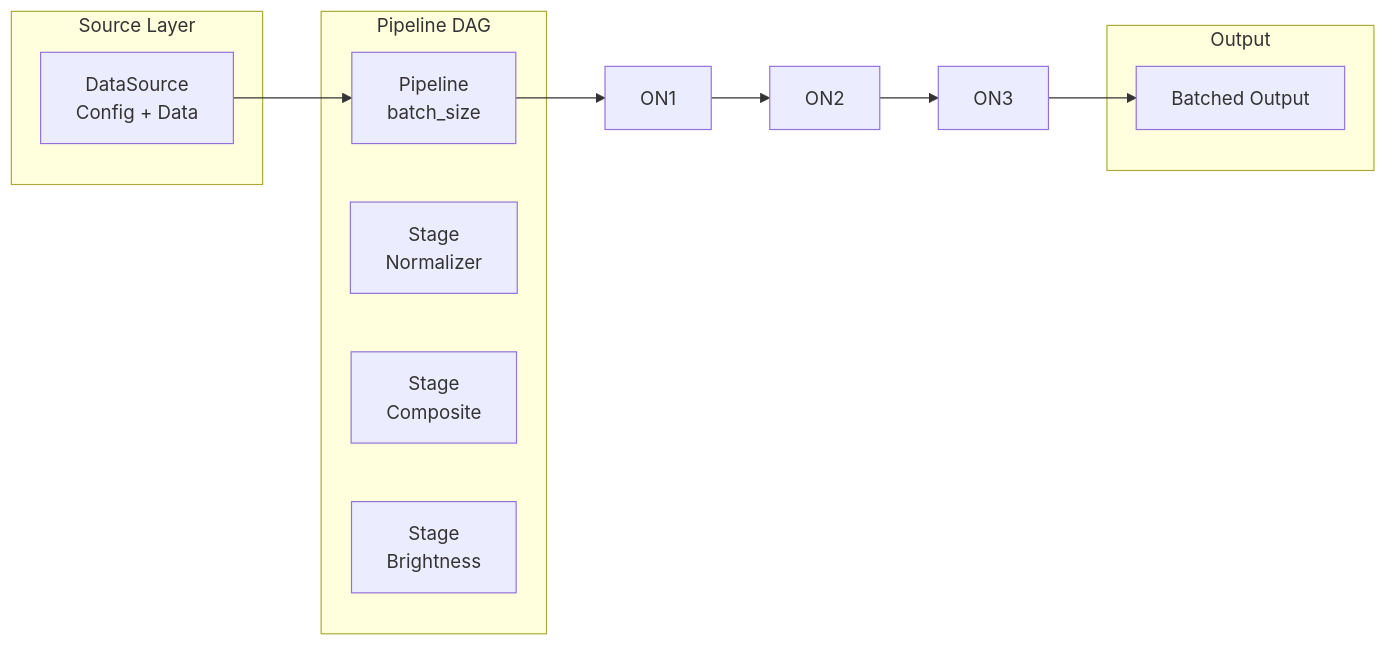
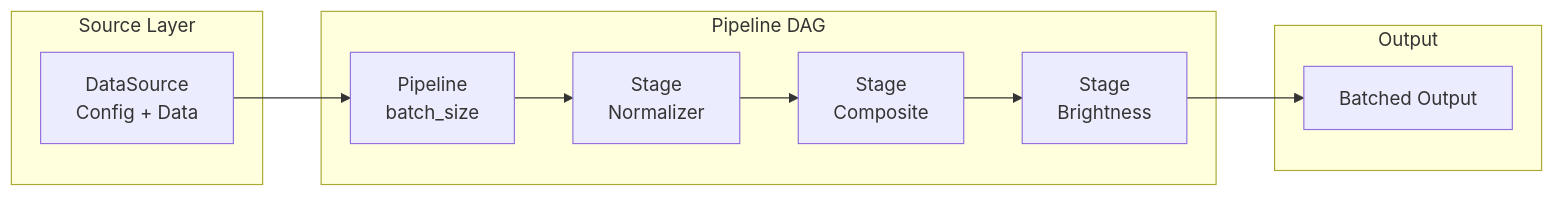
One commit to avitai/datarax changed the diagram in docs/examples/core/pipeline-tutorial.md. Above: the diagram before and after it, drawn with Mermaid. The commit also changed other lines of this file and 257 other files, not shown here.

````diff
--- a/docs/examples/core/pipeline-tutorial.md
+++ b/docs/examples/core/pipeline-tutorial.md
@@ -65,19 +65,19 @@
 ```mermaid
 flowchart LR
     subgraph Source["Source Layer"]
         DS[DataSource<br/>Config + Data]
     end
 
     subgraph Pipeline["Pipeline DAG"]
         FS[Pipeline<br/>batch_size]
         SNormalizer[Stage<br/>Normalizer]
         SComposite[Stage<br/>Composite]
         SBrightness[Stage<br/>Brightness]
     end
 
     subgraph Output["Output"]
         B[Batched Output]
     end
 
-    DS --> FS --> ON1 --> ON2 --> ON3 --> B
+    DS --> FS --> SNormalizer --> SComposite --> SBrightness --> B
 ```
````
